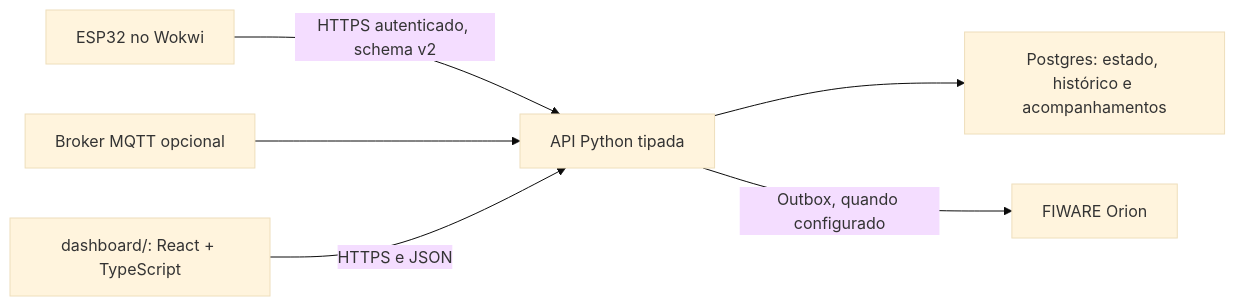
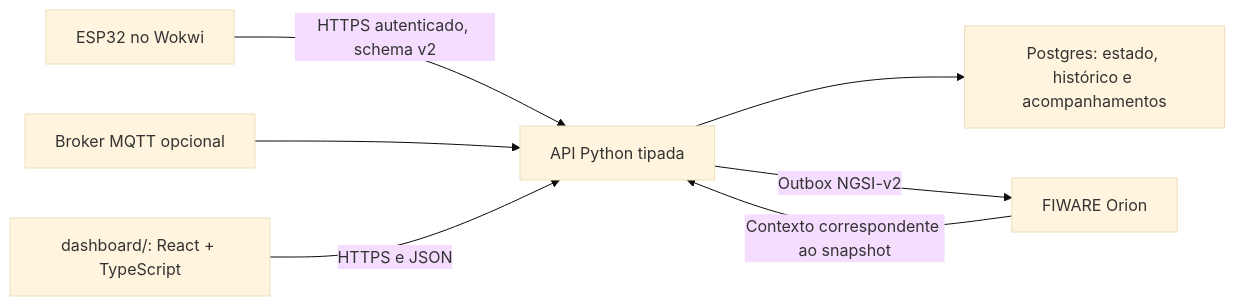
The diagram in docs/gsBackendLinux.md (BrThiagoN/water-n-assurance), drawn with Mermaid (base theme) before and after one commit. The commit also changed other lines of this file and 15 other files, not shown here.

Commit message:
feat: integra FIWARE Orion no Render gratuito

````diff
--- a/docs/gsBackendLinux.md
+++ b/docs/gsBackendLinux.md
@@ -9,8 +9,9 @@
 ```mermaid
 flowchart LR
     ESP["ESP32 no Wokwi"] -->|"HTTPS autenticado, schema v2"| API["API Python tipada"]
     MQTT["Broker MQTT opcional"] --> API
     API --> PG["Postgres: estado, histórico e acompanhamentos"]
     UI["dashboard/: React + TypeScript"] -->|"HTTPS e JSON"| API
-    API -->|"Outbox, quando configurado"| ORION["FIWARE Orion"]
+    API -->|"Outbox NGSI-v2"| ORION["FIWARE Orion"]
+    ORION -->|"Contexto correspondente ao snapshot"| API
 ```
````
